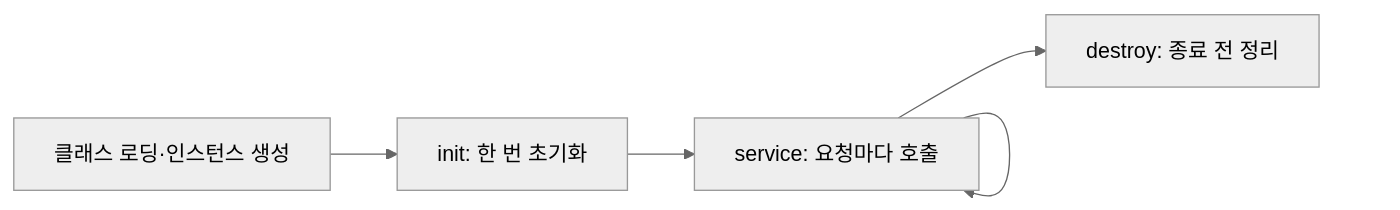
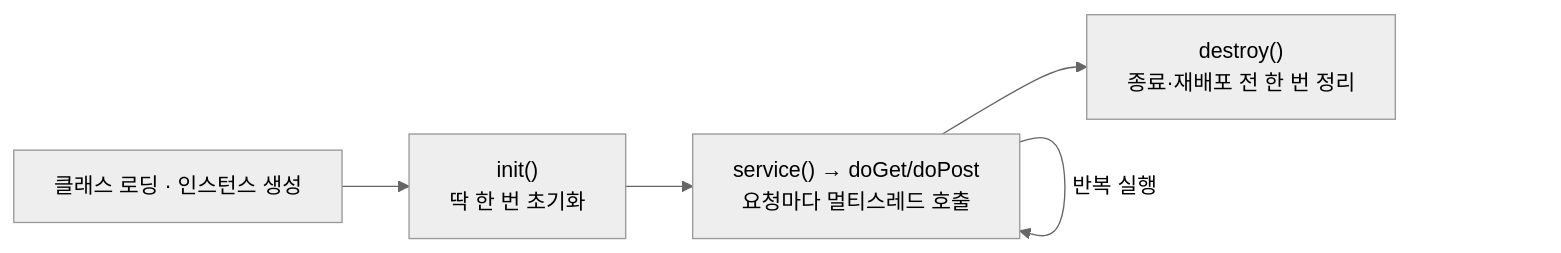
The second of 2 diagrams in content/웹취약점/Java 웹 기초 2 — Servlet 생명주기·멀티스레딩과 Scope.md (gooyong-sec/gooyong-sec.github.io), drawn with Mermaid (neutral theme) before and after one commit. The commit also changed other lines of this file and 68 other files, not shown here.

````diff
--- a/content/웹취약점/Java 웹 기초 2 — Servlet 생명주기·멀티스레딩과 Scope.md
+++ b/content/웹취약점/Java 웹 기초 2 — Servlet 생명주기·멀티스레딩과 Scope.md
@@ -23,7 +65,7 @@
 ```mermaid
 flowchart LR
-    L[클래스 로딩·인스턴스 생성] --> I[init: 한 번 초기화]
-    I --> S[service: 요청마다 호출]
-    S --> S
-    S --> D[destroy: 종료 전 정리]
+    L["클래스 로딩 · 인스턴스 생성"] --> I["init()<br/>딱 한 번 초기화"]
+    I --> S["service() → doGet/doPost<br/>요청마다 멀티스레드 호출"]
+    S -->|"반복 실행"| S
+    S --> D["destroy()<br/>종료·재배포 전 한 번 정리"]
 ```
````
